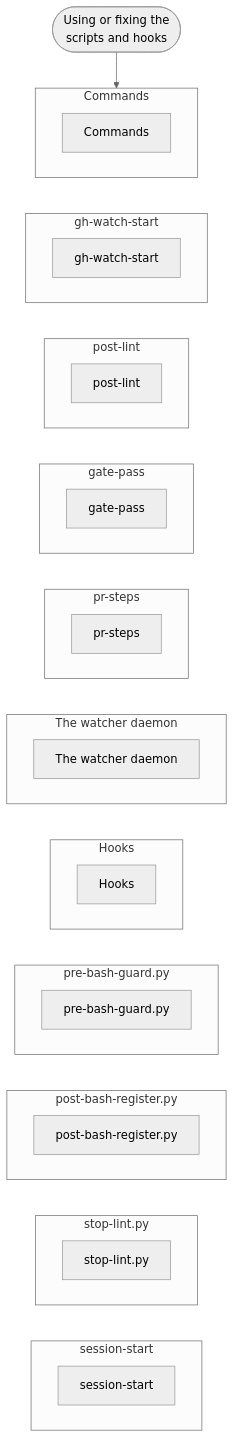
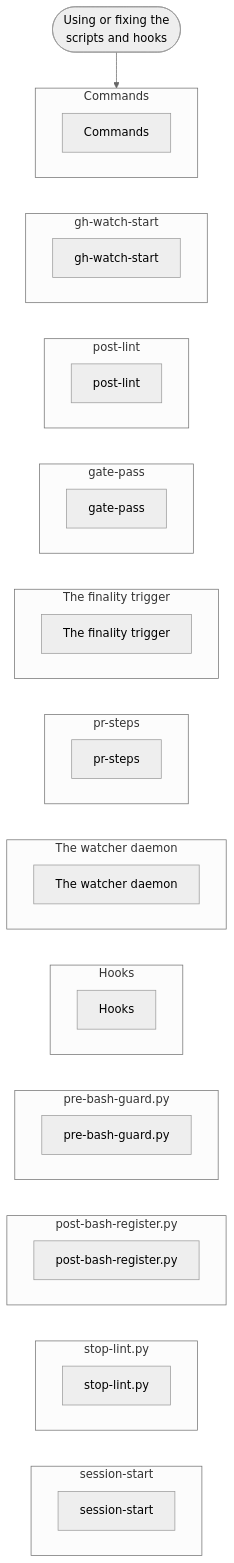
One commit to nitedani/mergeworthy changed diagram 16 of 16 in docs/graphs.md. Above: the diagram before and after it, drawn with Mermaid (neutral theme). The commit also changed 5 other files, not shown here.

````diff
--- a/docs/graphs.md
+++ b/docs/graphs.md
@@ -408,48 +408,52 @@
 ```mermaid
 flowchart TB
   start(["Using or fixing the<br/>scripts and hooks"])
   subgraph g0["Commands"]
     s0["Commands"]
   end
   subgraph g1["gh-watch-start"]
     s1["gh-watch-start"]
   end
   subgraph g2["post-lint"]
     s2["post-lint"]
   end
   subgraph g3["gate-pass"]
     s3["gate-pass"]
   end
-  subgraph g4["pr-steps"]
-    s4["pr-steps"]
+  subgraph g4["The finality trigger"]
+    s4["The finality trigger"]
   end
-  subgraph g5["The watcher daemon"]
-    s5["The watcher daemon"]
+  subgraph g5["pr-steps"]
+    s5["pr-steps"]
   end
-  subgraph g6["Hooks"]
-    s6["Hooks"]
+  subgraph g6["The watcher daemon"]
+    s6["The watcher daemon"]
   end
-  subgraph g7["pre-bash-guard.py"]
-    s7["pre-bash-guard.py"]
+  subgraph g7["Hooks"]
+    s7["Hooks"]
   end
-  subgraph g8["post-bash-register.py"]
-    s8["post-bash-register.py"]
+  subgraph g8["pre-bash-guard.py"]
+    s8["pre-bash-guard.py"]
   end
-  subgraph g9["stop-lint.py"]
-    s9["stop-lint.py"]
+  subgraph g9["post-bash-register.py"]
+    s9["post-bash-register.py"]
   end
-  subgraph g10["session-start"]
-    s10["session-start"]
+  subgraph g10["stop-lint.py"]
+    s10["stop-lint.py"]
+  end
+  subgraph g11["session-start"]
+    s11["session-start"]
   end
   start --> g0
   g0 ~~~ g1
   g1 ~~~ g2
   g2 ~~~ g3
   g3 ~~~ g4
   g4 ~~~ g5
   g5 ~~~ g6
   g6 ~~~ g7
   g7 ~~~ g8
   g8 ~~~ g9
   g9 ~~~ g10
+  g10 ~~~ g11
 ```
````
